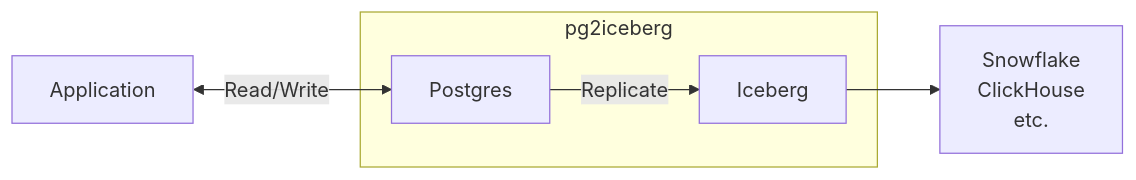
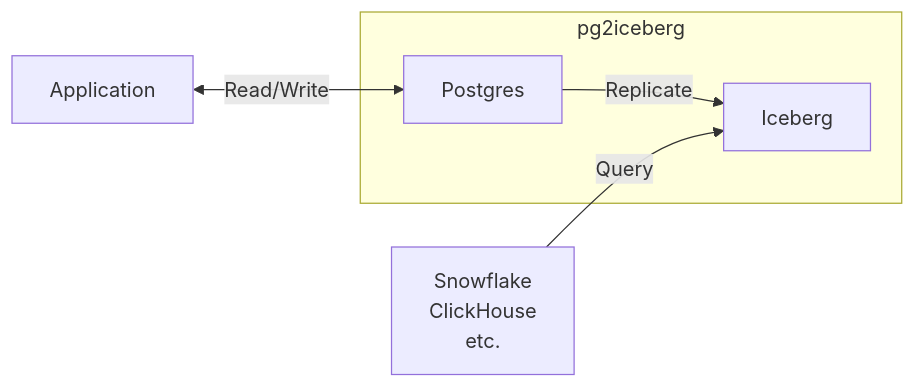
The diagram in README.md (hasyimibhar/pg2iceberg), drawn with Mermaid before and after one commit. The commit also changed other lines of this file and 15 other files, not shown here.

````diff
--- a/README.md
+++ b/README.md
@@ -5,10 +5,10 @@
 ```mermaid
 graph LR
   App[Application] <-->|Read/Write| PG
 
   subgraph pg2iceberg
       PG[Postgres] -->|Replicate| ICE[Iceberg]
   end
 
-  ICE --> OLAP[Snowflake<br />ClickHouse<br />etc.]
+  OLAP[Snowflake<br />ClickHouse<br />etc.] -- Query --> ICE
 ```
````
